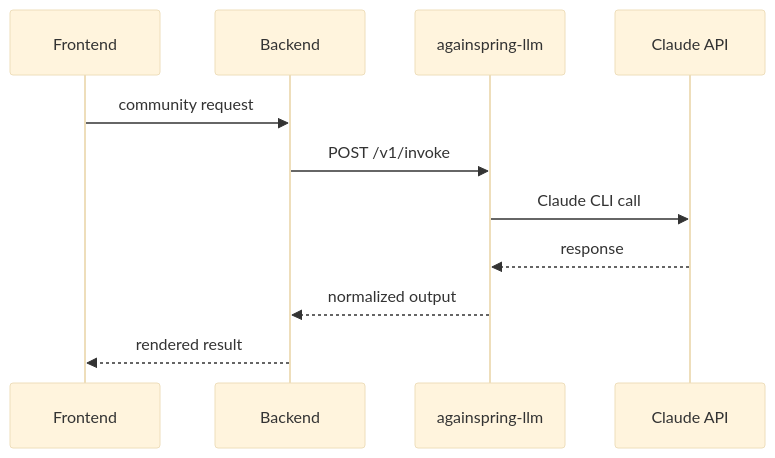
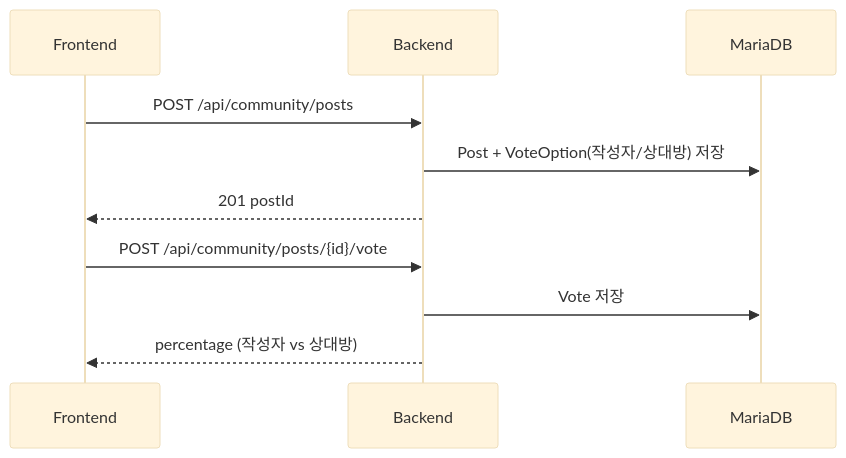
Before and after one commit to Justant-source/Again-Spring: the third of 4 diagrams in docs/system.md, drawn with Mermaid (base theme). The commit also changed other lines of this file and 116 other files, not shown here.

````diff
--- a/docs/system.md
+++ b/docs/system.md
@@ -135,14 +135,13 @@
 ```mermaid
 sequenceDiagram
     participant FE as Frontend
     participant BE as Backend
-    participant LW as againspring-llm
-    participant Claude as Claude API
+    participant DB as MariaDB
 
-    FE->>BE: community request
-    BE->>LW: POST /v1/invoke
-    LW->>Claude: Claude CLI call
-    Claude-->>LW: response
-    LW-->>BE: normalized output
-    BE-->>FE: rendered result
+    FE->>BE: POST /api/community/posts
+    BE->>DB: Post + VoteOption(작성자/상대방) 저장
+    BE-->>FE: 201 postId
+    FE->>BE: POST /api/community/posts/{id}/vote
+    BE->>DB: Vote 저장
+    BE-->>FE: percentage (작성자 vs 상대방)
 ```
````
